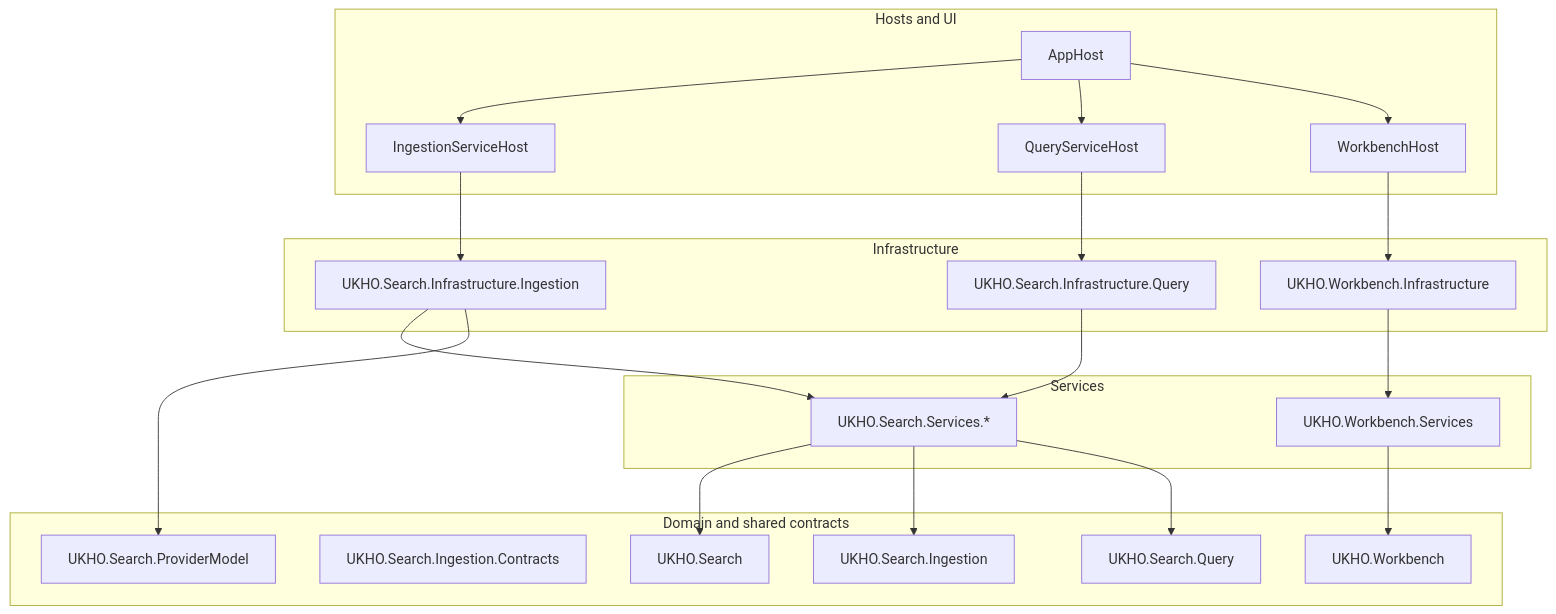
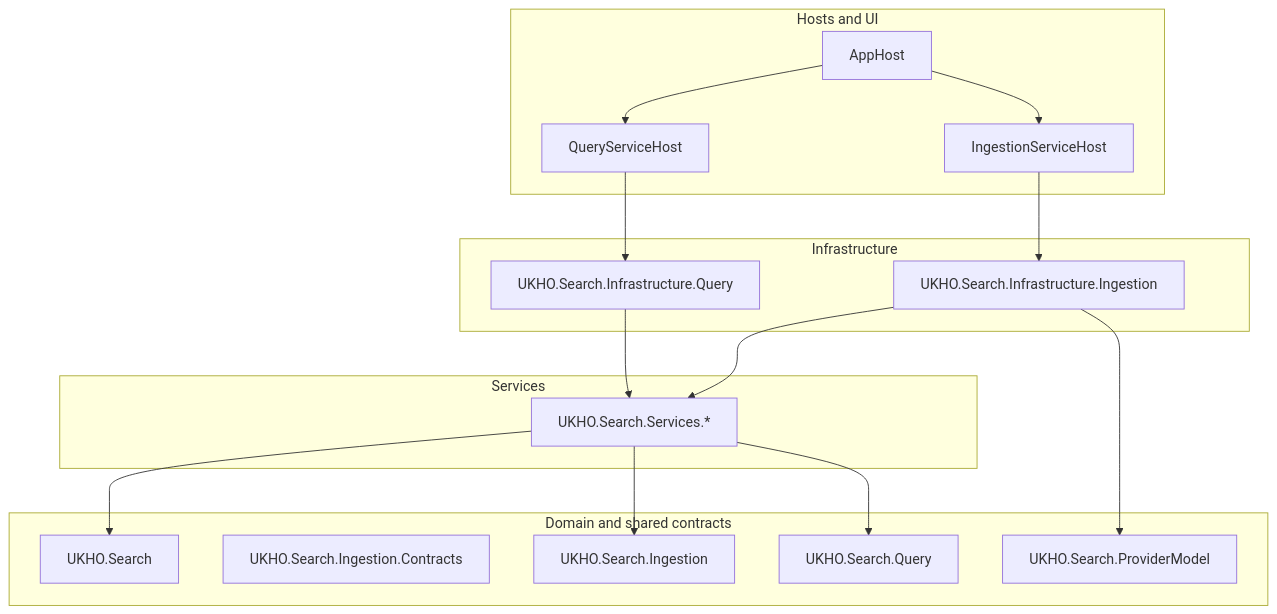
Before and after one commit to UKHO/UKHO.Search: the first of 2 diagrams in wiki/Solution-Architecture.md, drawn with Mermaid. The commit also changed other lines of this file and 2308 other files, not shown here.

````diff
--- a/wiki/Solution-Architecture.md
+++ b/wiki/Solution-Architecture.md
@@ -33,44 +33,36 @@
 ```mermaid
 flowchart TB
     subgraph HostsAndUi[Hosts and UI]
         AppHost[AppHost]
         IngestionHost[IngestionServiceHost]
         QueryHost[QueryServiceHost]
-        WorkbenchHost[WorkbenchHost]
     end
 
     subgraph Infrastructure[Infrastructure]
         InfraIngestion[UKHO.Search.Infrastructure.Ingestion]
         InfraQuery[UKHO.Search.Infrastructure.Query]
-        WorkbenchInfra[UKHO.Workbench.Infrastructure]
     end
 
     subgraph Services[Services]
         SearchServices[UKHO.Search.Services.*]
-        WorkbenchServices[UKHO.Workbench.Services]
     end
 
     subgraph Domain[Domain and shared contracts]
         SearchCore[UKHO.Search]
         IngestionContracts[UKHO.Search.Ingestion.Contracts]
         IngestionCore[UKHO.Search.Ingestion]
         QueryCore[UKHO.Search.Query]
         ProviderModel[UKHO.Search.ProviderModel]
-        WorkbenchCore[UKHO.Workbench]
     end
 
     AppHost --> IngestionHost
     AppHost --> QueryHost
-    AppHost --> WorkbenchHost
     IngestionHost --> InfraIngestion
     QueryHost --> InfraQuery
-    WorkbenchHost --> WorkbenchInfra
     InfraIngestion --> SearchServices
     InfraQuery --> SearchServices
-    WorkbenchInfra --> WorkbenchServices
     SearchServices --> SearchCore
     SearchServices --> IngestionCore
     SearchServices --> QueryCore
     InfraIngestion --> ProviderModel
-    WorkbenchServices --> WorkbenchCore
 ```
````
